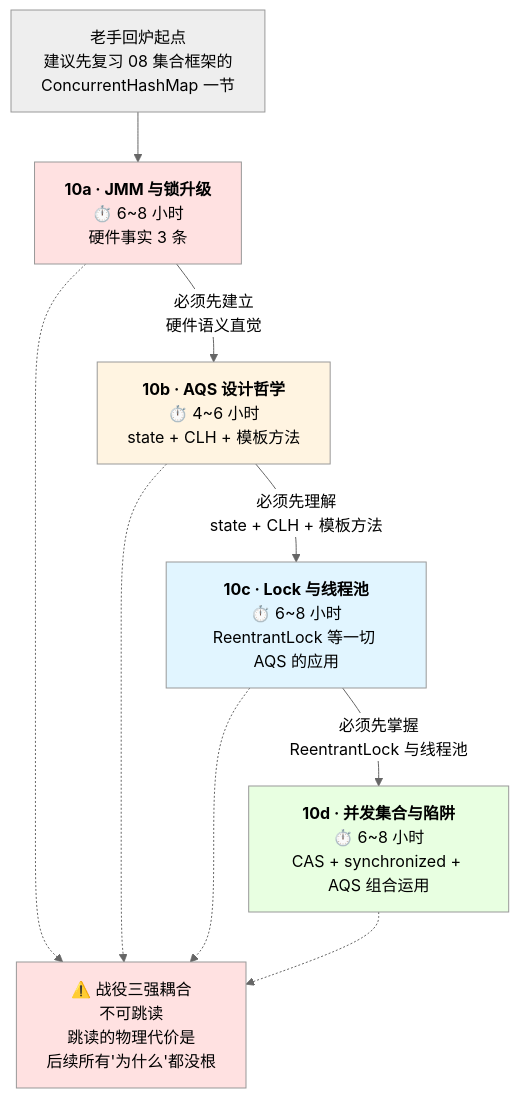
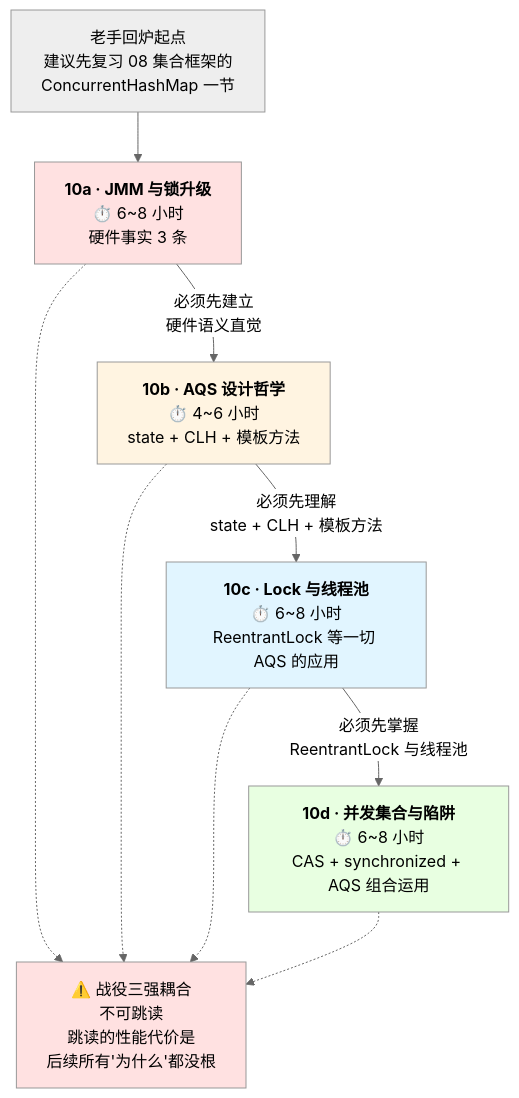
One commit to b1tzer/b1tzer.github.io changed the fourth of 4 diagrams in docs/01-java-basic/10-并发编程综览：战役三 · 从硬件事实到组合运用的四层下沉.md. Above: the diagram before and after it, drawn with Mermaid (neutral theme). The commit also changed other lines of this file and 22 other files, not shown here.

````diff
--- a/docs/01-java-basic/10-并发编程综览：战役三 · 从硬件事实到组合运用的四层下沉.md
+++ b/docs/01-java-basic/10-并发编程综览：战役三 · 从硬件事实到组合运用的四层下沉.md
@@ -220,23 +220,23 @@
 ```mermaid
 flowchart TD
     Start["老手回炉起点<br/>建议先复习 08 集合框架的<br/>ConcurrentHashMap 一节"] --> A["<b>10a · JMM 与锁升级</b><br/>⏱️ 6~8 小时<br/>硬件事实 3 条"]
 
     A -->|"必须先建立<br/>硬件语义直觉"| B["<b>10b · AQS 设计哲学</b><br/>⏱️ 4~6 小时<br/>state + CLH + 模板方法"]
 
     B -->|"必须先理解<br/>state + CLH + 模板方法"| C["<b>10c · Lock 与线程池</b><br/>⏱️ 6~8 小时<br/>ReentrantLock 等一切 AQS 的应用"]
 
     C -->|"必须先掌握<br/>ReentrantLock 与线程池"| D["<b>10d · 并发集合与陷阱</b><br/>⏱️ 6~8 小时<br/>CAS + synchronized + AQS 组合运用"]
 
-    Warn["⚠️ 战役三强耦合<br/>不可跳读<br/>跳读的物理代价是<br/>后续所有'为什么'都没根"]
+    Warn["⚠️ 战役三强耦合<br/>不可跳读<br/>跳读的性能代价是<br/>后续所有'为什么'都没根"]
 
     A -.-> Warn
     B -.-> Warn
     C -.-> Warn
     D -.-> Warn
 
     style Warn fill:#ffe1e1
     style A fill:#ffe1e1
     style B fill:#fff4e1
     style C fill:#e1f5ff
     style D fill:#e8ffe1
 ```
````
